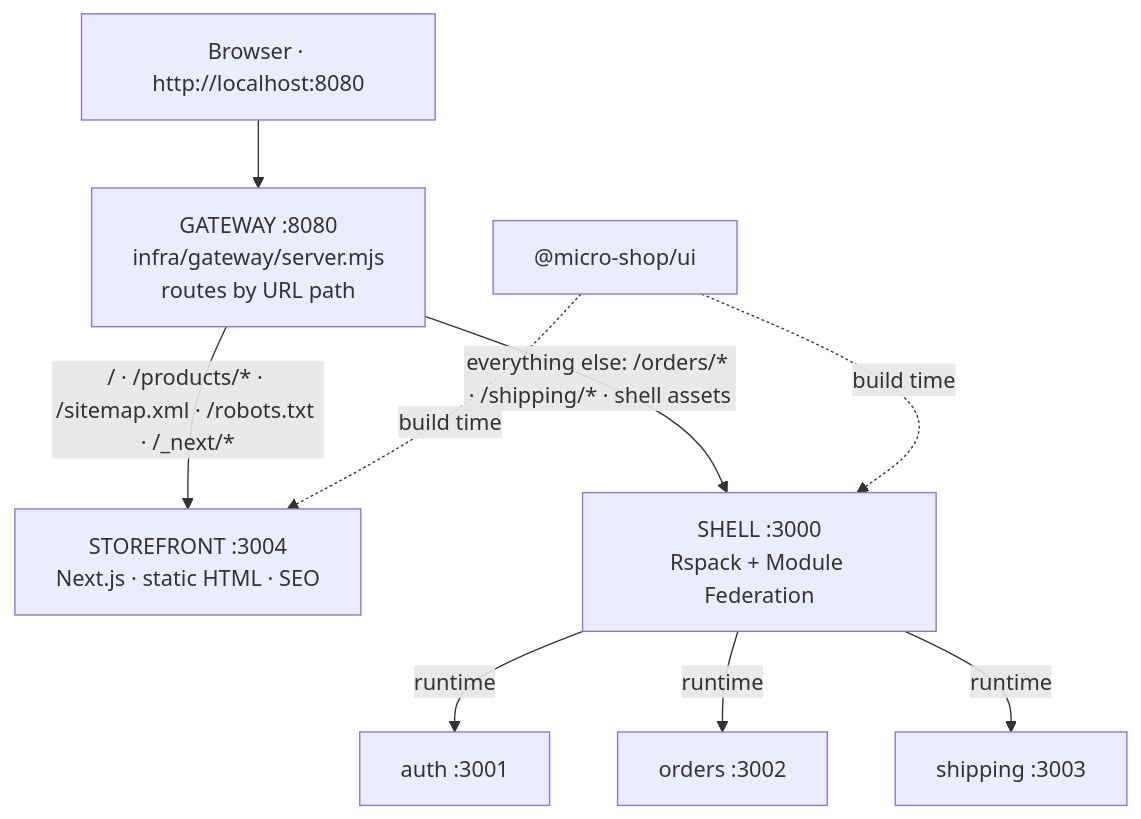
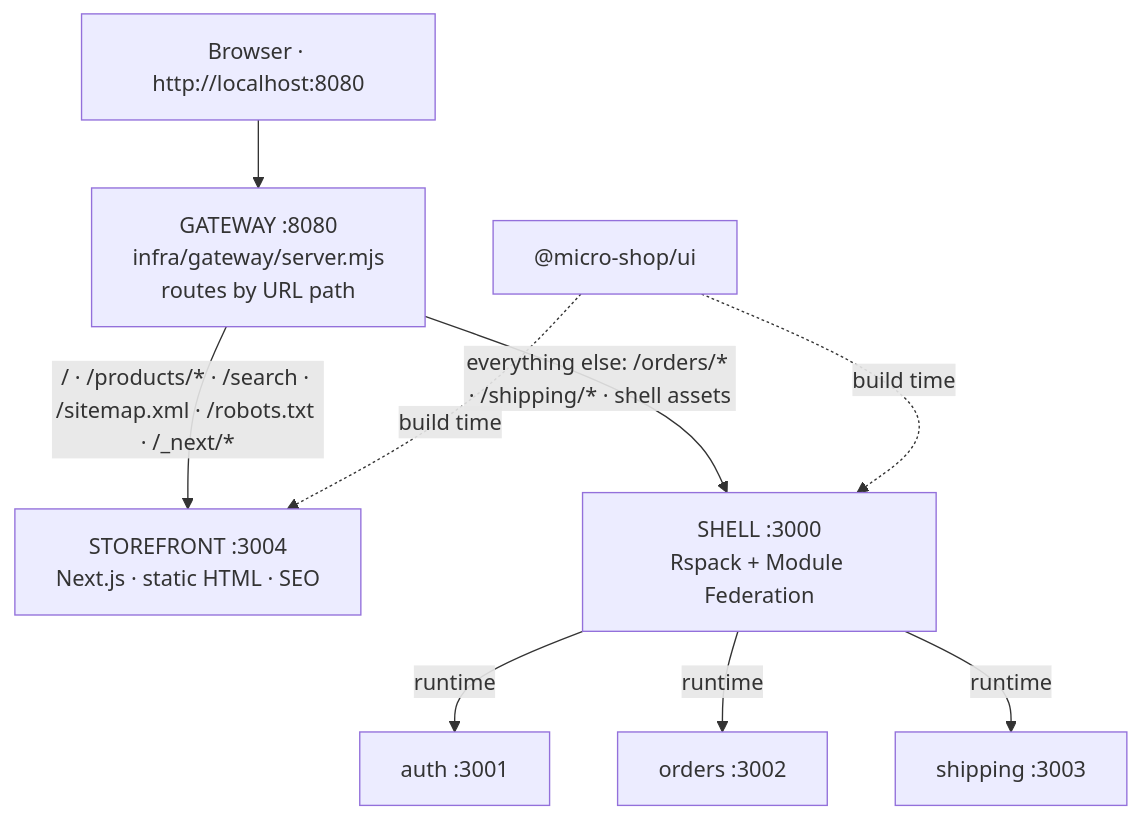
Before and after one commit to alireza-akbarzadeh/mciro: the tenth of 11 diagrams in micro-shop/docs/GUIDE.md, drawn with Mermaid. The commit also changed other lines of this file and 16 other files, not shown here.

````diff
--- a/micro-shop/docs/GUIDE.md
+++ b/micro-shop/docs/GUIDE.md
@@ -1133,11 +1133,11 @@
 ```mermaid
 flowchart TB
     user["Browser · http://localhost:8080"] --> gw["GATEWAY :8080<br/>infra/gateway/server.mjs<br/>routes by URL path"]
-    gw -- "/ · /products/* · /sitemap.xml · /robots.txt · /_next/*" --> sf["STOREFRONT :3004<br/>Next.js · static HTML · SEO"]
+    gw -- "/ · /products/* · /search · /sitemap.xml · /robots.txt · /_next/*" --> sf["STOREFRONT :3004<br/>Next.js · static HTML · SEO"]
     gw -- "everything else: /orders/* · /shipping/* · shell assets" --> sh["SHELL :3000<br/>Rspack + Module Federation"]
     sh -- runtime --> a["auth :3001"]
     sh -- runtime --> o["orders :3002"]
     sh -- runtime --> s["shipping :3003"]
     ui["@micro-shop/ui"] -. "build time" .-> sf
     ui -. "build time" .-> sh
 ```
````
